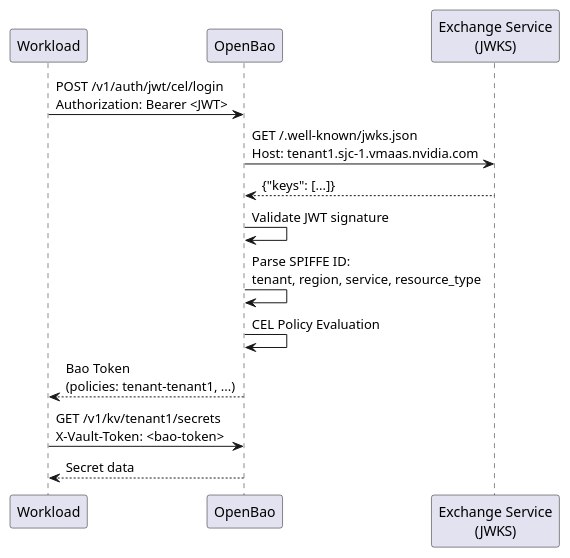
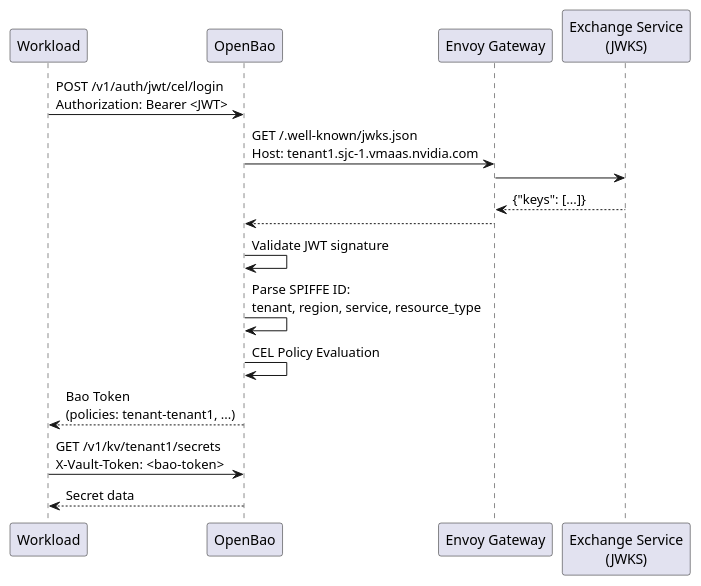
Before and after one commit to dsx-ai-factory/nvidia-workload-identity: the fifth of 5 diagrams in README.md, drawn with PlantUML. The commit also changed other lines of this file, not shown here.

Commit message:
docs: diagrams show external bao

````diff
--- a/README.md
+++ b/README.md
@@ -361,19 +371,22 @@
 ```plantuml
 @startuml OpenBao Auth
 participant "Workload" as App
 participant "OpenBao" as Bao
+participant "Envoy Gateway" as GW1
 participant "Exchange Service\n(JWKS)" as Exchange
 
 App -> Bao : POST /v1/auth/jwt/cel/login\nAuthorization: Bearer <JWT>
-Bao -> Exchange : GET /.well-known/jwks.json\nHost: tenant1.sjc-1.vmaas.nvidia.com
-Exchange --> Bao : {"keys": [...]}
+Bao -> GW1 : GET /.well-known/jwks.json\nHost: tenant1.sjc-1.vmaas.nvidia.com
+GW1 -> Exchange
+Exchange --> GW1 : {"keys": [...]}
+GW1 --> Bao
 
 Bao -> Bao : Validate JWT signature
 Bao -> Bao : Parse SPIFFE ID:\ntenant, region, service, resource_type
 Bao -> Bao : CEL Policy Evaluation
 Bao --> App : Bao Token\n(policies: tenant-tenant1, ...)
 
 App -> Bao : GET /v1/kv/tenant1/secrets\nX-Vault-Token: <bao-token>
 Bao --> App : Secret data
 @enduml
 ```
````
